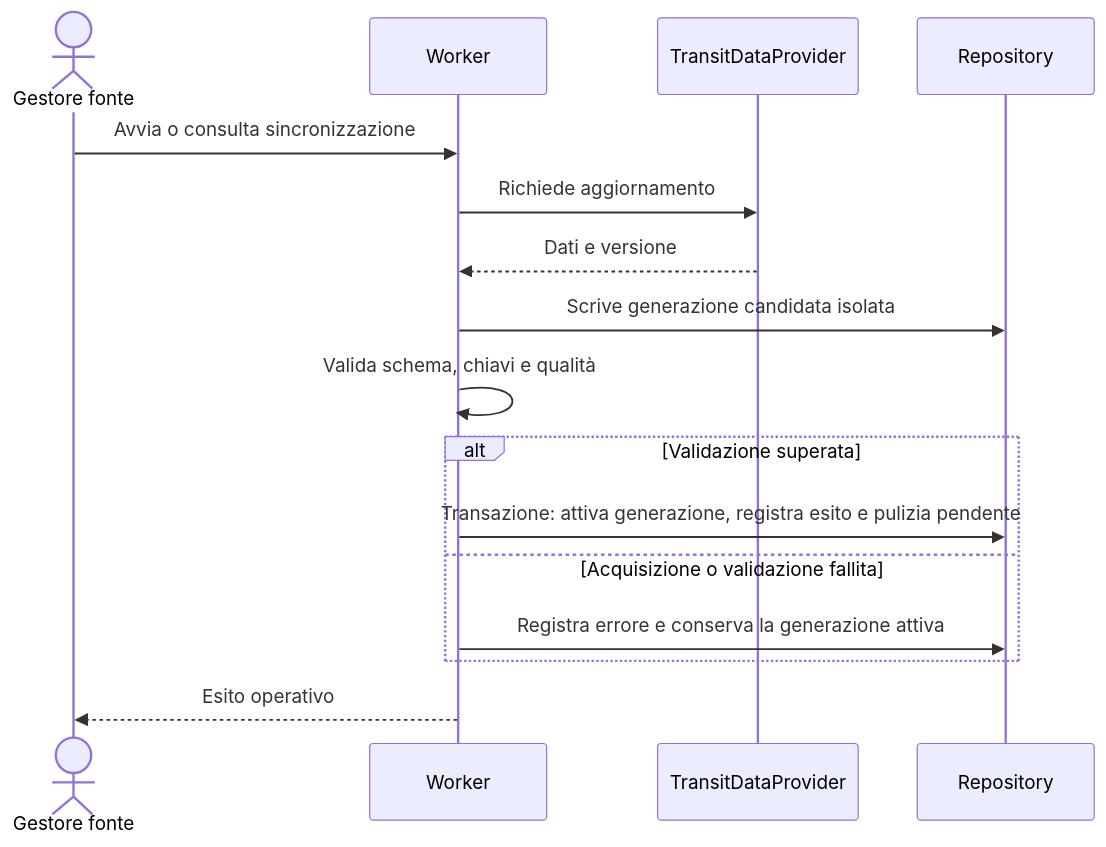
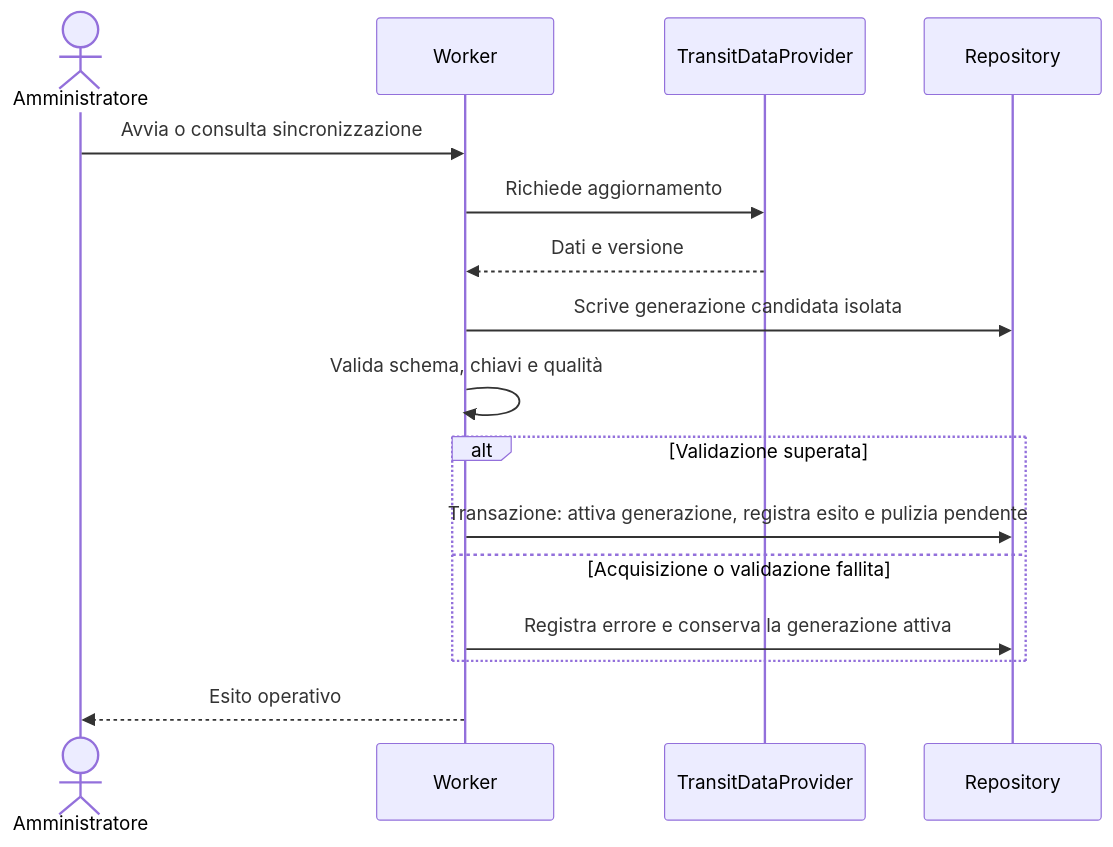
Before and after one commit to andreaplini/aegis: the eighth of 9 diagrams in docs/RAD.md, drawn with Mermaid. The commit also changed other lines of this file and 5 other files, not shown here.

````diff
--- a/docs/RAD.md
+++ b/docs/RAD.md
@@ -705,19 +701,19 @@
 ```mermaid
 sequenceDiagram
   accDescr: Il worker importa i dati in isolamento, valida la generazione candidata e registra pubblicazione ed effetto cache pendente nella stessa transazione. Un errore mantiene la generazione attiva precedente.
-  actor G as Gestore fonte
+  actor A as Amministratore
   participant W as Worker
   participant P as TransitDataProvider
   participant R as Repository
-  G->>W: Avvia o consulta sincronizzazione
+  A->>W: Avvia o consulta sincronizzazione
   W->>P: Richiede aggiornamento
   P-->>W: Dati e versione
   W->>R: Scrive generazione candidata isolata
   W->>W: Valida schema, chiavi e qualità
   alt Validazione superata
     W->>R: Transazione: attiva generazione, registra esito e pulizia pendente
   else Acquisizione o validazione fallita
     W->>R: Registra errore e conserva la generazione attiva
   end
-  W-->>G: Esito operativo
+  W-->>A: Esito operativo
 ```
````
